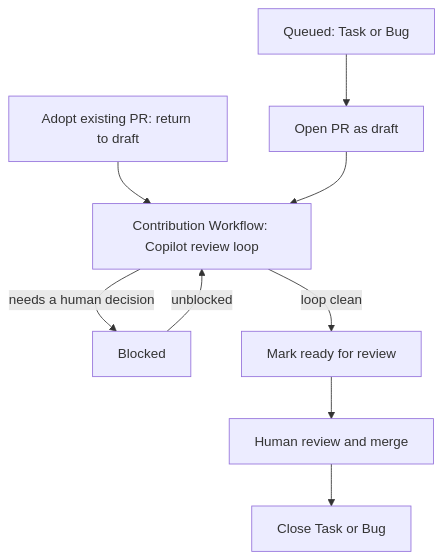
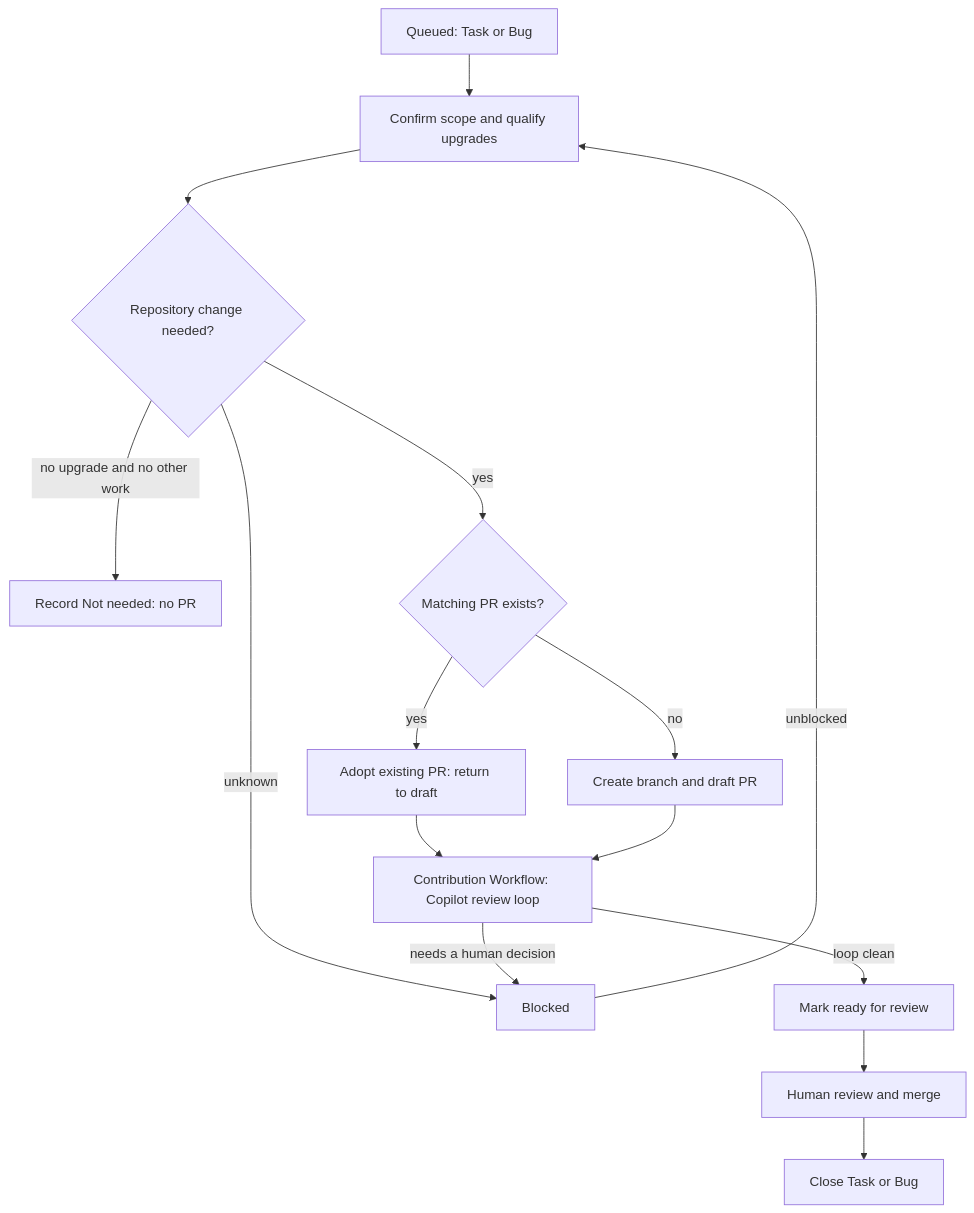
One commit to MSXOrg/docs changed the diagram in src/docs/Ways-of-Working/Fleet-Orchestration.md. Above: the diagram before and after it, drawn with Mermaid. The commit also changed other lines of this file and 18 other files, not shown here.

````diff
--- a/src/docs/Ways-of-Working/Fleet-Orchestration.md
+++ b/src/docs/Ways-of-Working/Fleet-Orchestration.md
@@ -146,11 +158,17 @@
 ```mermaid
 flowchart TD
-    Q[Queued: Task or Bug] --> P[Open PR as draft]
-    A[Adopt existing PR: return to draft] --> R
+    Q[Queued: Task or Bug] --> S[Confirm scope and qualify upgrades]
+    S --> N{Repository change needed?}
+    N -->|no upgrade and no other work| X[Record Not needed: no PR]
+    N -->|unknown| B[Blocked]
+    N -->|yes| E{Matching PR exists?}
+    E -->|no| P[Create branch and draft PR]
+    E -->|yes| A[Adopt existing PR: return to draft]
+    A --> R
     P --> R[Contribution Workflow: Copilot review loop]
-    R -->|needs a human decision| B[Blocked]
-    B -->|unblocked| R
+    R -->|needs a human decision| B
+    B -->|unblocked| S
     R -->|loop clean| Y[Mark ready for review]
     Y --> M[Human review and merge]
     M --> D[Close Task or Bug]
 ```
````
